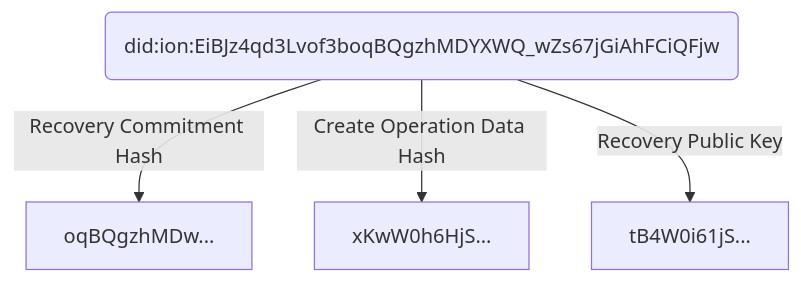
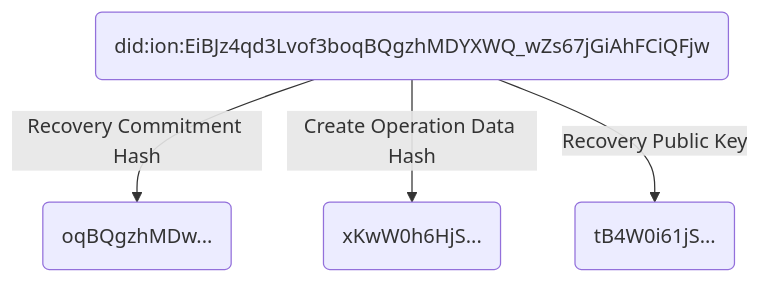
The diagram in spec/spec.md (decentralized-identity/sidetree), drawn with Mermaid before and after one commit. The commit also changed other lines of this file and 7 other files, not shown here.

````diff
--- a/spec/spec.md
+++ b/spec/spec.md
@@ -73,8 +80,8 @@
 ```mermaid
 graph TD
 
 ID(did:ion:EiBJz4qd3Lvof3boqBQgzhMDYXWQ_wZs67jGiAhFCiQFjw)
-ID -->|Recovery Commitment Hash| D[oqBQgzhMDw...]
-ID -->|Create Operation Data Hash| E[xKwW0h6HjS...]
-ID -->|Recovery Public Key| F[tB4W0i61jS...]				
+ID -->|Recovery Commitment Hash| D(oqBQgzhMDw...)
+ID -->|Create Operation Data Hash| E(xKwW0h6HjS...)
+ID -->|Recovery Public Key| F(tB4W0i61jS...)
 ```
````
